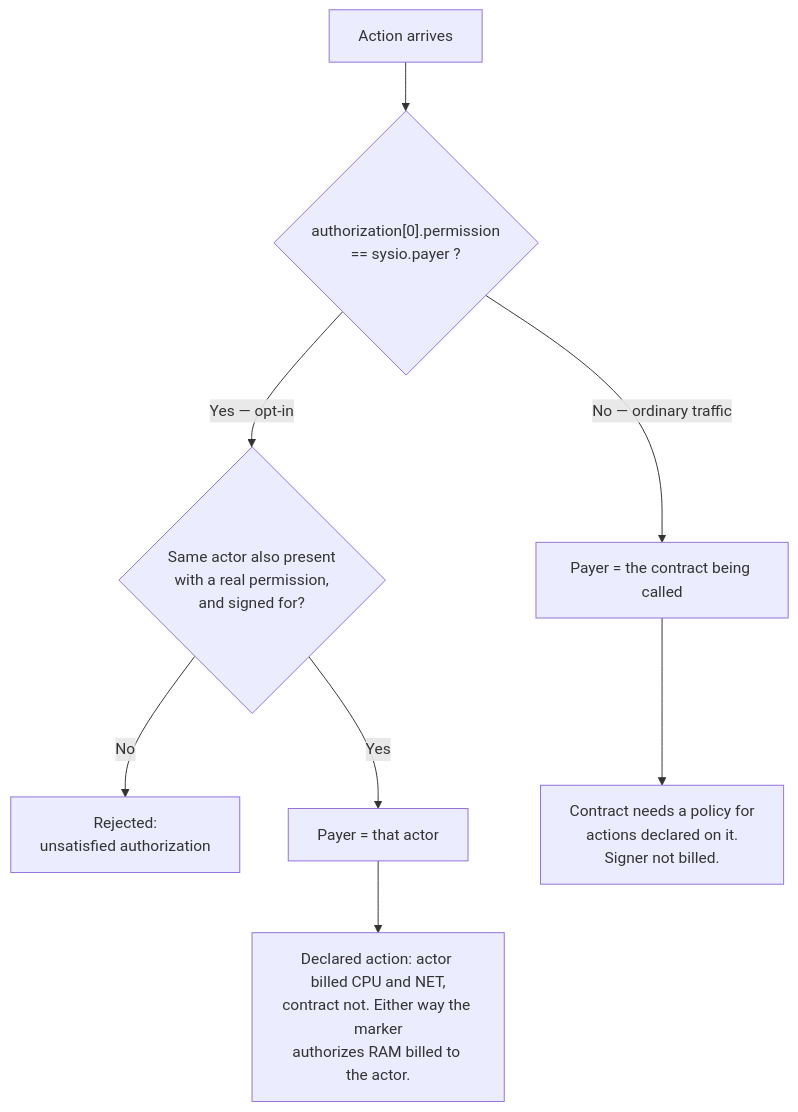
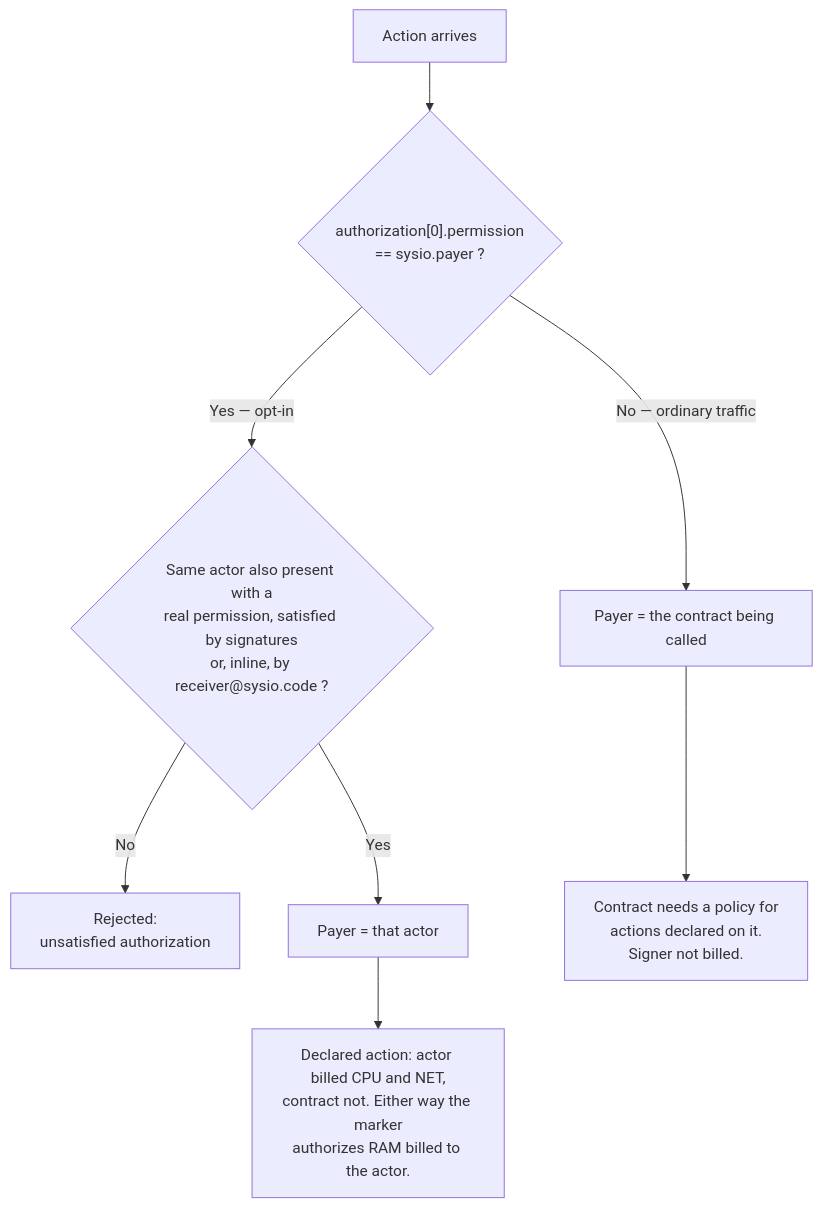
One commit to Wire-Network/wire-sysio changed the diagram in docs/roa-overview.md. Above: the diagram before and after it, drawn with Mermaid. The commit also changed other lines of this file, not shown here.

````diff
--- a/docs/roa-overview.md
+++ b/docs/roa-overview.md
@@ -151,10 +151,10 @@
 ```mermaid
 flowchart TD
     A["Action arrives"] --> B{"authorization[0].permission<br/>== sysio.payer ?"}
     B -->|"No — ordinary traffic"| C["Payer = the contract being called"]
-    B -->|"Yes — opt-in"| D{"Same actor also present<br/>with a real permission,<br/>and signed for?"}
+    B -->|"Yes — opt-in"| D{"Same actor also present with a<br/>real permission, satisfied by signatures<br/>or, inline, by receiver@sysio.code ?"}
     D -->|"No"| E["Rejected:<br/>unsatisfied authorization"]
     D -->|"Yes"| F["Payer = that actor"]
     C --> G["Contract needs a policy for<br/>actions declared on it.<br/>Signer not billed."]
     F --> H["Declared action: actor billed CPU and NET,<br/>contract not. Either way the marker<br/>authorizes RAM billed to the actor."]
 ```
````
